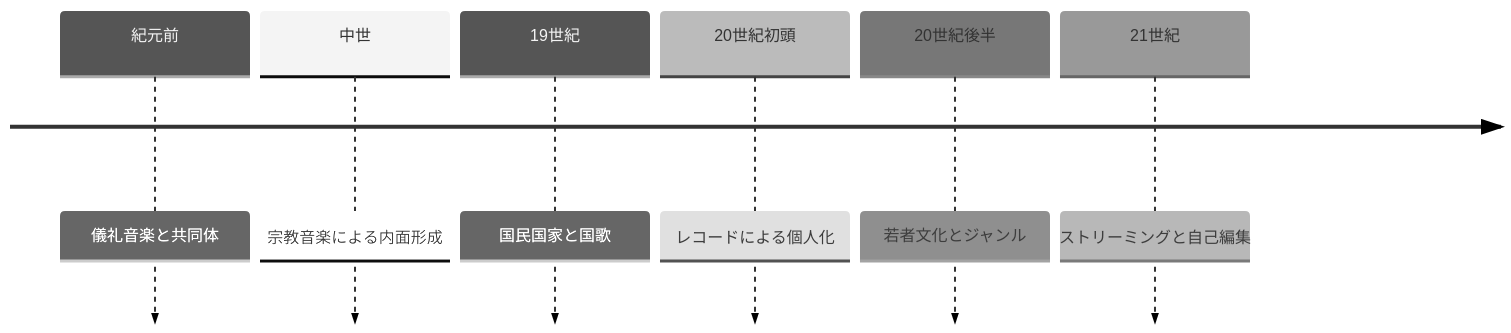
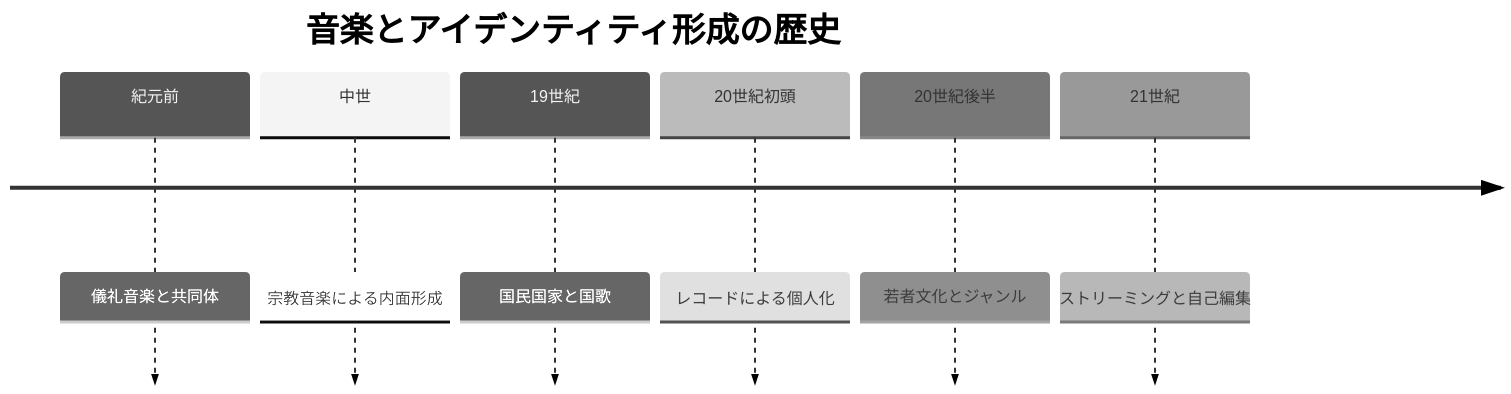
One commit to monumental-movement/monumental-movement.github.io changed the fourth of 4 diagrams in _posts/2026-01-31-column-how-music-shapes-identity.md. Above: the diagram before and after it, drawn with Mermaid (neutral theme). The commit also changed other lines of this file, not shown here.

```diff
--- a/_posts/2026-01-31-column-how-music-shapes-identity.md
+++ b/_posts/2026-01-31-column-how-music-shapes-identity.md
@@ -185,9 +185,22 @@
 <div class="mermaid">
 timeline
-紀元前 : 儀礼音楽と共同体
-中世 : 宗教音楽による内面形成
-19世紀 : 国民国家と国歌
-20世紀初頭 : レコードによる個人化
-20世紀後半 : 若者文化とジャンル
-21世紀 : ストリーミングと自己編集
+    title 音楽とアイデンティティ形成の歴史
+
+    紀元前
+        : 儀礼音楽と共同体
+
+    中世
+        : 宗教音楽による内面形成
+
+    19世紀
+        : 国民国家と国歌
+
+    20世紀初頭
+        : レコードによる個人化
+
+    20世紀後半
+        : 若者文化とジャンル
+
+    21世紀
+        : ストリーミングと自己編集
 </div>
```
